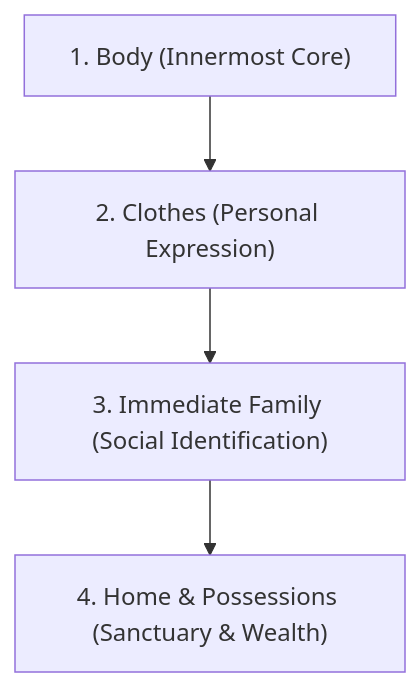
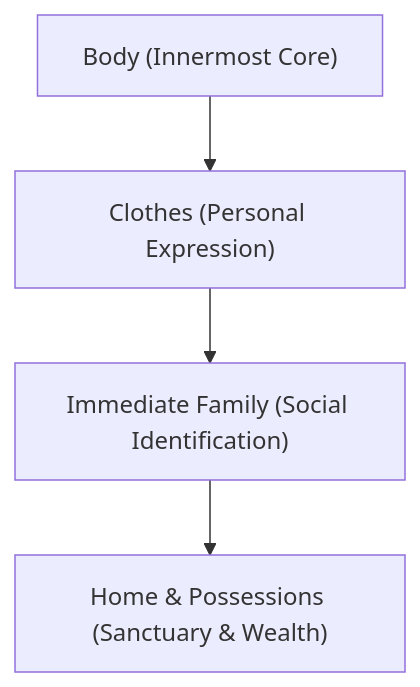
One commit to aidocmr/learn-bscs changed the second of 4 diagrams in content/Year 1/Understanding the Self/9. The Material Self.md. Above: the diagram before and after it, drawn with Mermaid. The commit also changed other lines of this file and 20 other files, not shown here.

First line of the commit message:
fix: Remove markdown lists and numbered prefixes from all Mermaid diagrams

````diff
--- a/content/Year 1/Understanding the Self/9. The Material Self.md
+++ b/content/Year 1/Understanding the Self/9. The Material Self.md
@@ -30,6 +30,6 @@
 ```mermaid
 flowchart TD
-    Body["1. Body (Innermost Core)"] --> Clothes["2. Clothes (Personal Expression)"]
-    Clothes --> Family["3. Immediate Family (Social Identification)"]
-    Family --> Home["4. Home & Possessions (Sanctuary & Wealth)"]
+    Body["Body (Innermost Core)"] --> Clothes["Clothes (Personal Expression)"]
+    Clothes --> Family["Immediate Family (Social Identification)"]
+    Family --> Home["Home & Possessions (Sanctuary & Wealth)"]
 ```
````
